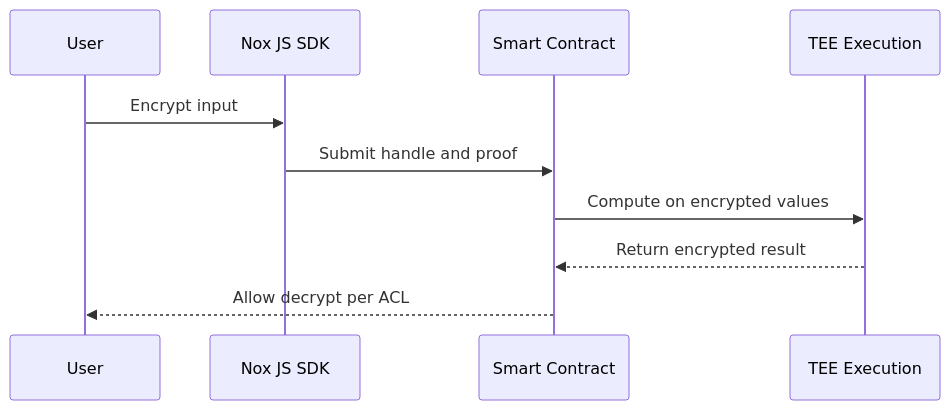
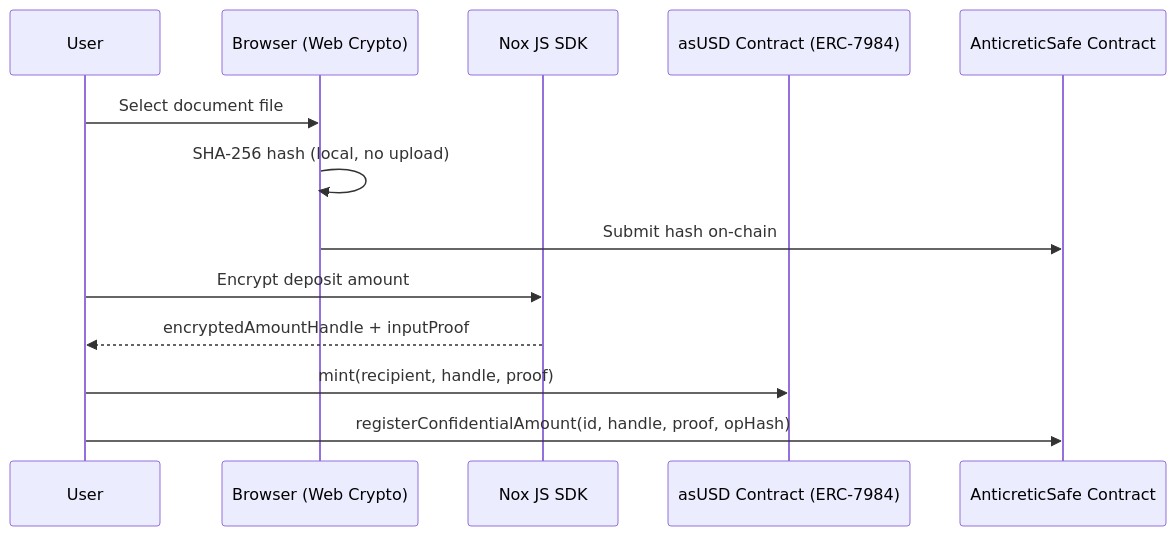
One commit to AnticreticSafe/front-end changed the second of 2 diagrams in README.md. Above: the diagram before and after it, drawn with Mermaid. The commit also changed other lines of this file, not shown here.

````diff
--- a/README.md
+++ b/README.md
@@ -66,13 +146,17 @@
 ```mermaid
 sequenceDiagram
-	participant User
-	participant SDK as Nox JS SDK
-	participant Chain as Smart Contract
-	participant TEE as TEE Execution
+    participant User
+    participant Browser as Browser (Web Crypto)
+    participant NoxSDK as Nox JS SDK
+    participant asUSD as asUSD Contract (ERC-7984)
+    participant Safe as AnticreticSafe Contract
 
-	User->>SDK: Encrypt input
-	SDK->>Chain: Submit handle and proof
-	Chain->>TEE: Compute on encrypted values
-	TEE-->>Chain: Return encrypted result
-	Chain-->>User: Allow decrypt per ACL
+    User->>Browser: Select document file
+    Browser->>Browser: SHA-256 hash (local, no upload)
+    Browser->>Safe: Submit hash on-chain
+
+    User->>NoxSDK: Encrypt deposit amount
+    NoxSDK-->>User: encryptedAmountHandle + inputProof
+    User->>asUSD: mint(recipient, handle, proof)
+    User->>Safe: registerConfidentialAmount(id, handle, proof, opHash)
 ```
````
